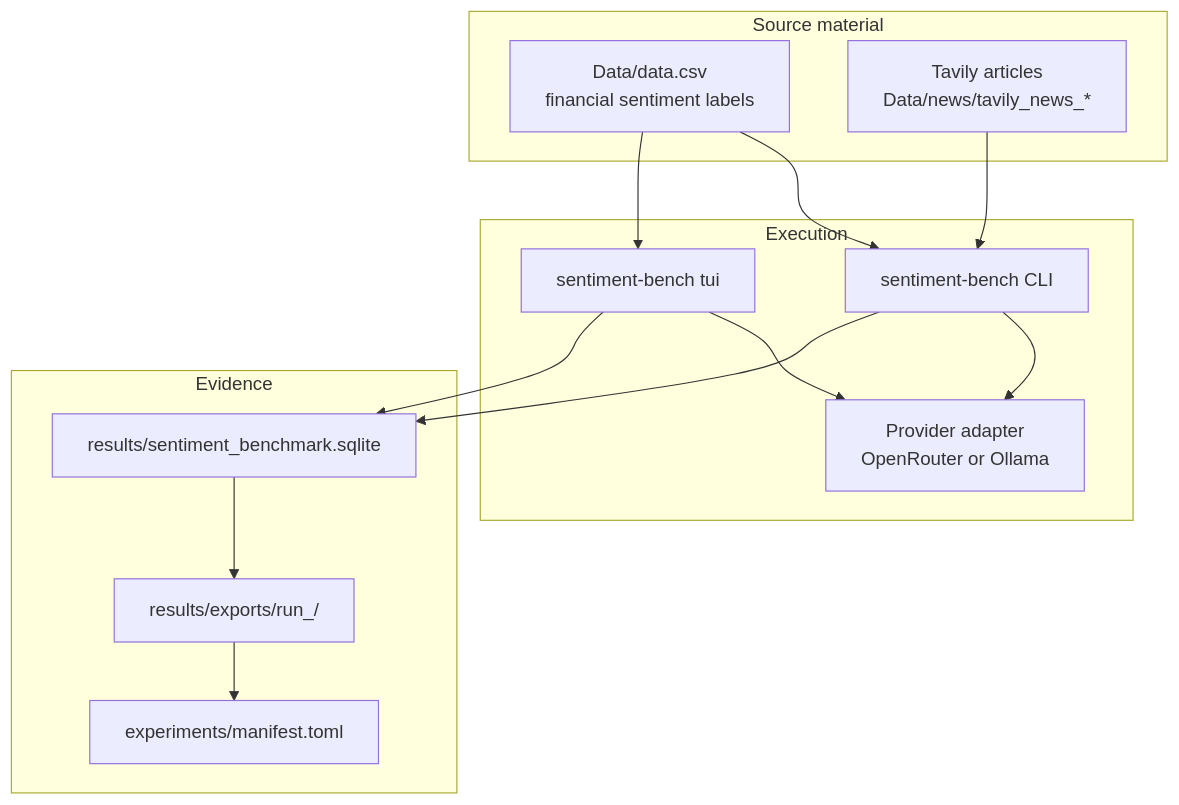
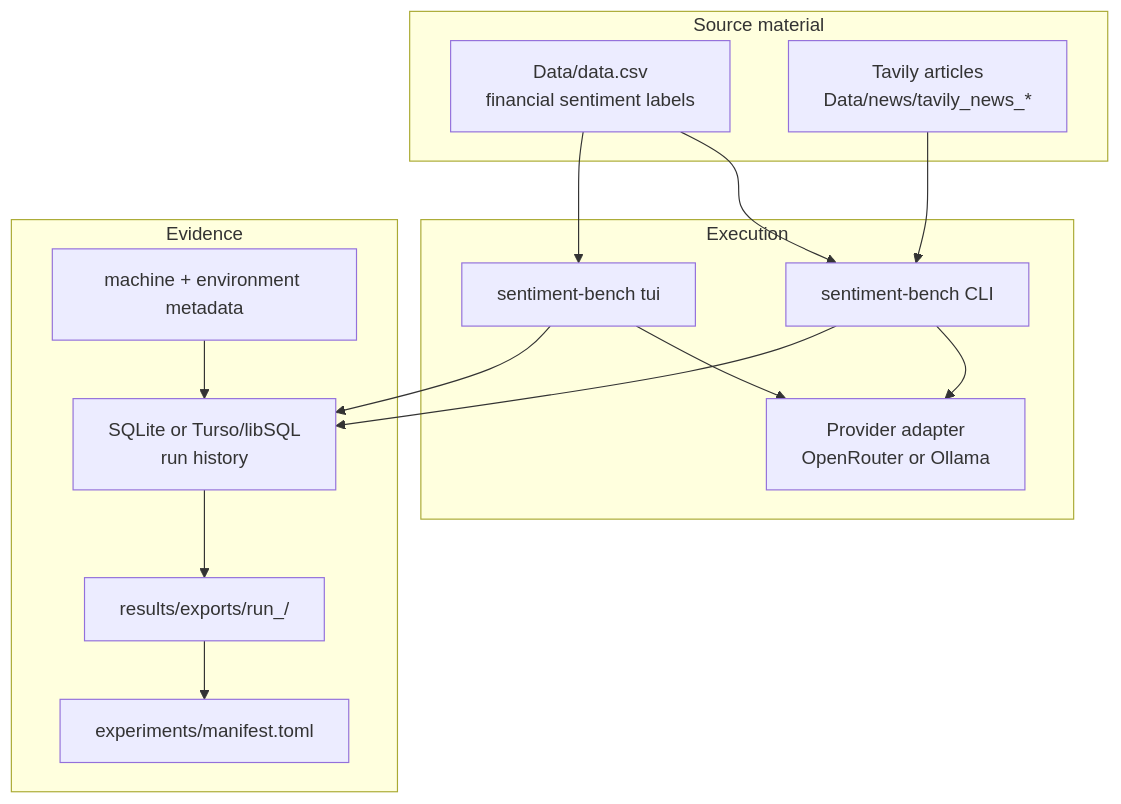
The diagram in docs/README.md (PeterLP123/Sentiment_Dissertation), drawn with Mermaid before and after one commit. The commit also changed other lines of this file and 18 other files, not shown here.

First line of the commit message:
Record runtime metadata & add libSQL/Turso support

````diff
--- a/docs/README.md
+++ b/docs/README.md
@@ -31,26 +32,28 @@
 ```mermaid
 flowchart TB
     subgraph Source["Source material"]
         D["Data/data.csv<br/>financial sentiment labels"]
         N["Tavily articles<br/>Data/news/tavily_news_*"]
     end
     subgraph Execution["Execution"]
         CLI["sentiment-bench CLI"]
         TUI["sentiment-bench tui"]
         P["Provider adapter<br/>OpenRouter or Ollama"]
     end
     subgraph Evidence["Evidence"]
-        DB["results/sentiment_benchmark.sqlite"]
+        DB["SQLite or Turso/libSQL<br/>run history"]
         E["results/exports/run_<id>/"]
         M["experiments/manifest.toml"]
+        ENV["machine + environment metadata"]
     end
     D --> CLI
     D --> TUI
     N --> CLI
     CLI --> P
     TUI --> P
     CLI --> DB
     TUI --> DB
+    ENV --> DB
     DB --> E
     E --> M
 ```
````
